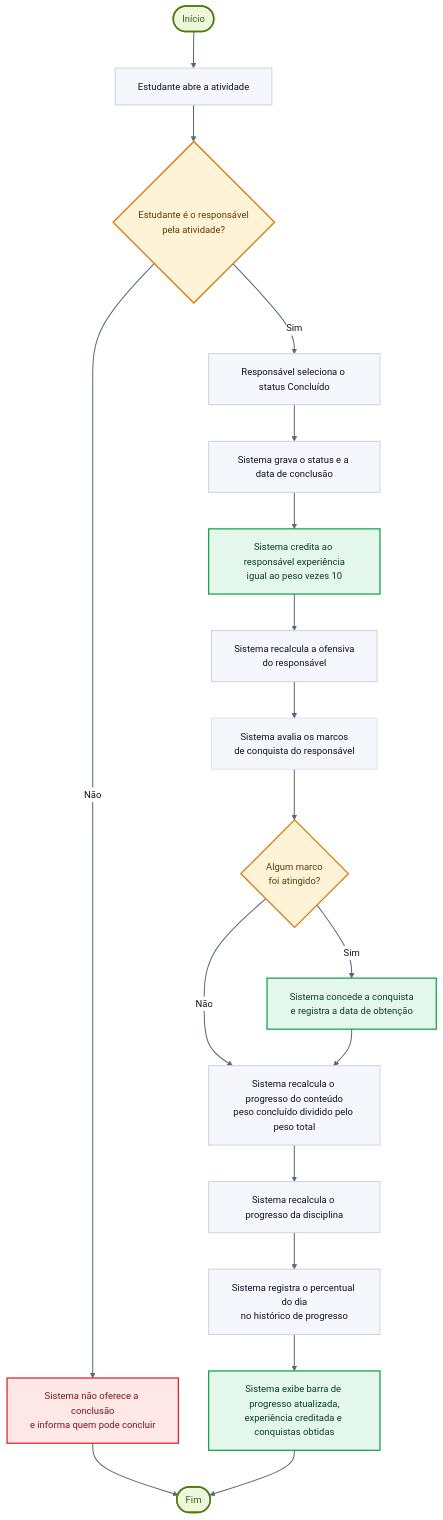
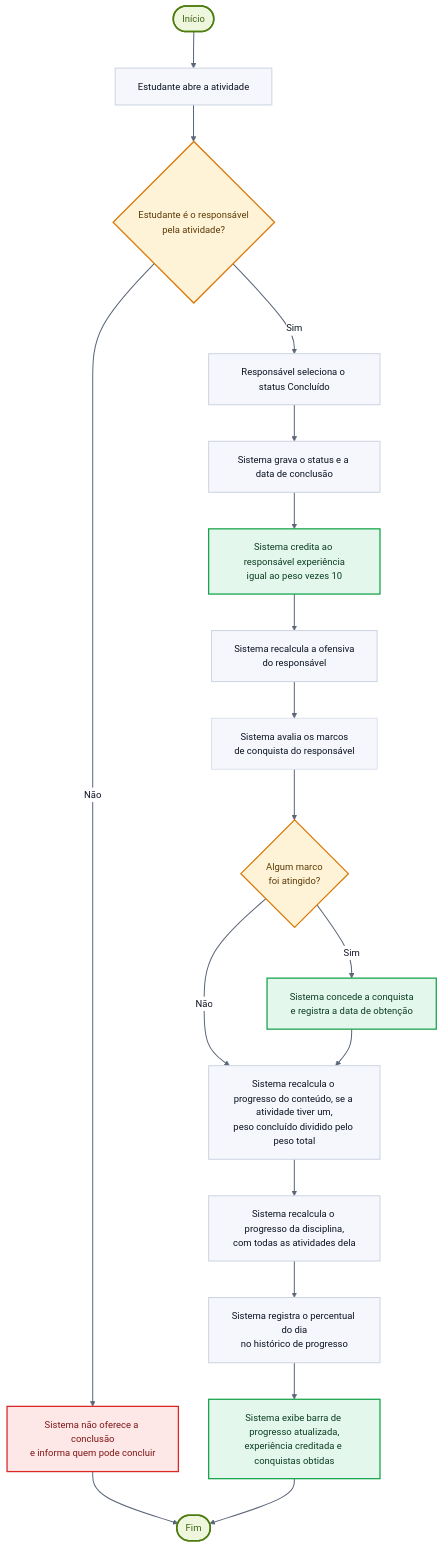
One commit to dedeyfogaca/equipe7-vertice changed the first of 2 diagrams in diagramas/03-atividade-concluir.md. Above: the diagram before and after it, drawn with Mermaid. The commit also changed other lines of this file and 17 other files, not shown here.

Commit message:
docs: modelo de dados e diagramas com eventos e conteúdo opcional

````diff
--- a/diagramas/03-atividade-concluir.md
+++ b/diagramas/03-atividade-concluir.md
@@ -10,41 +10,41 @@
 ```mermaid
 %%{init: {"theme": "base", "fontFamily": "Space Grotesk", "themeVariables": {"fontFamily": "Space Grotesk, Segoe UI, sans-serif", "fontSize": "15px", "primaryColor": "#F5F7FC", "primaryTextColor": "#0B1220", "primaryBorderColor": "#CDD4E1", "lineColor": "#5B6678", "secondaryColor": "#EEF7DD", "tertiaryColor": "#FAFBFE", "clusterBkg": "#FAFBFE", "clusterBorder": "#CDD4E1", "edgeLabelBackground": "#FFFFFF", "titleColor": "#0E7490", "nodeBorder": "#CDD4E1", "mainBkg": "#F5F7FC", "textColor": "#0B1220"}, "flowchart": {"curve": "basis", "padding": 18, "nodeSpacing": 48, "rankSpacing": 58}}}%%
 flowchart TD
     INI([Início]) --> A1[Estudante abre a atividade]
     A1 --> D0{Estudante é o responsável<br/>pela atividade?}
     D0 -- Não --> A0[Sistema não oferece a conclusão<br/>e informa quem pode concluir]
     A0 --> FIM
     D0 -- Sim --> A2[Responsável seleciona o status Concluído]
     A2 --> A3[Sistema grava o status e a data de conclusão]
 
     A3 --> A4[Sistema credita ao responsável experiência<br/>igual ao peso vezes 10]
 
     A4 --> A5[Sistema recalcula a ofensiva<br/>do responsável]
     A5 --> A6[Sistema avalia os marcos<br/>de conquista do responsável]
 
     A6 --> D2{Algum marco<br/>foi atingido?}
     D2 -- Sim --> A61[Sistema concede a conquista<br/>e registra a data de obtenção]
     D2 -- Não --> A7
     A61 --> A7
 
-    A7[Sistema recalcula o progresso do conteúdo<br/>peso concluído dividido pelo peso total]
-    A7 --> A8[Sistema recalcula o progresso da disciplina]
+    A7[Sistema recalcula o progresso do conteúdo, se a atividade tiver um,<br/>peso concluído dividido pelo peso total]
+    A7 --> A8[Sistema recalcula o progresso da disciplina,<br/>com todas as atividades dela]
     A8 --> A9[Sistema registra o percentual do dia<br/>no histórico de progresso]
     A9 --> A10[Sistema exibe barra de progresso atualizada,<br/>experiência creditada e conquistas obtidas]
     A10 --> FIM([Fim])
 
     classDef ator fill:#E0F7FC,stroke:#0891B2,stroke-width:2.5px,color:#0B1220
     classDef externo fill:#EEF1F6,stroke:#64748B,stroke-width:2px,color:#0B1220,stroke-dasharray:5 4
     classDef uc fill:#FFFFFF,stroke:#0891B2,stroke-width:1.6px,color:#0B1220
     classDef terminal fill:#EEF7DD,stroke:#4D7C0F,stroke-width:2.5px,color:#3F6212
     classDef acao fill:#F5F7FC,stroke:#CDD4E1,stroke-width:1.6px,color:#0B1220
     classDef decisao fill:#FEF3D7,stroke:#D97706,stroke-width:2px,color:#5C3A05
     classDef ganho fill:#E3F7EC,stroke:#16A34A,stroke-width:2px,color:#0B3D21
     classDef erro fill:#FDE7E7,stroke:#DC2626,stroke-width:2px,color:#7F1616
     class INI,FIM terminal
     class D0,D2 decisao
     class A1,A2,A3,A5,A7,A8,A9 acao
     class A0 erro
     class A4,A61,A10 ganho
     linkStyle default stroke:#5B6678,stroke-width:1.6px
 ```
````
